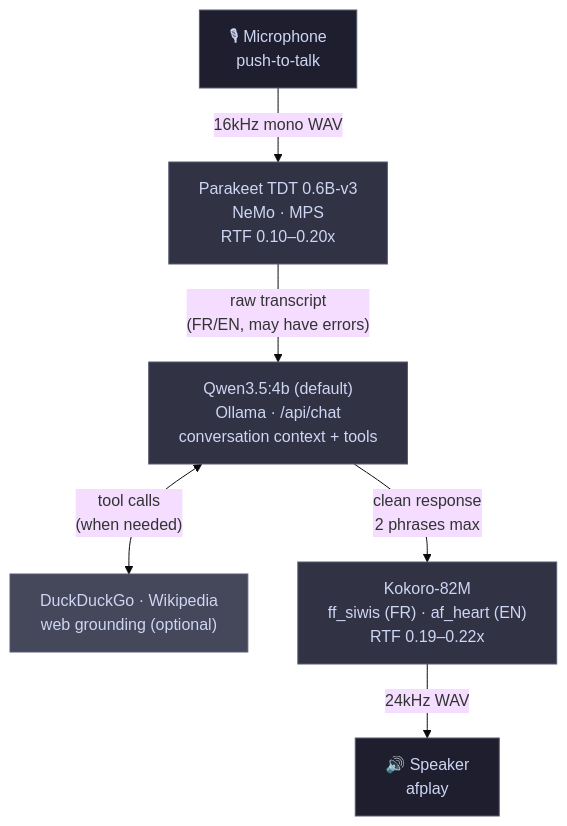
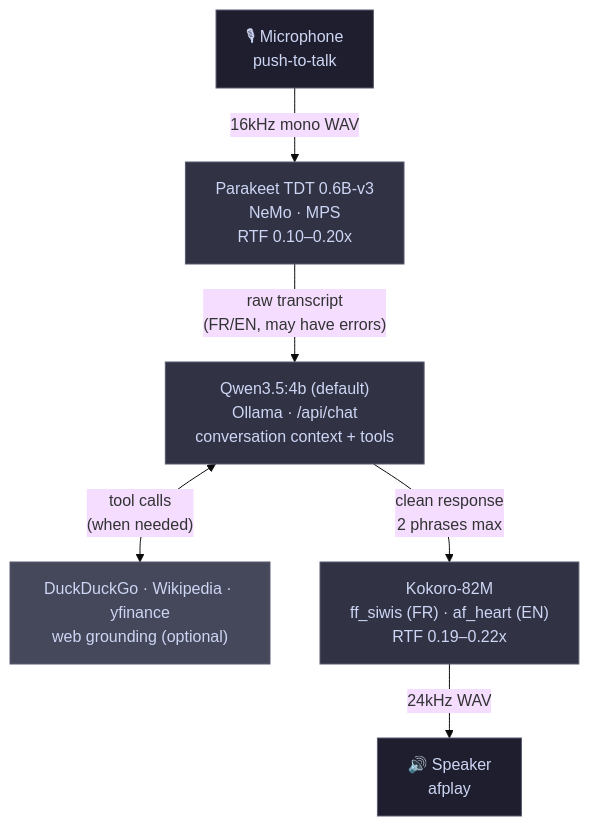
One commit to slchatham/VoiceLLM changed the diagram in README.md. Above: the diagram before and after it, drawn with Mermaid (base theme).

Commit message:
docs: add yfinance to Mermaid TOOLS node

````diff
--- a/README.md
+++ b/README.md
@@ -11,22 +11,22 @@
 ```mermaid
 flowchart TD
     MIC["🎙 Microphone\npush-to-talk"]
     STT["Parakeet TDT 0.6B-v3\nNeMo · MPS\nRTF 0.10–0.20x"]
     LM["Qwen3.5:4b (default)\nOllama · /api/chat\nconversation context + tools"]
-    TOOLS["DuckDuckGo · Wikipedia\nweb grounding (optional)"]
+    TOOLS["DuckDuckGo · Wikipedia · yfinance\nweb grounding (optional)"]
     TTS["Kokoro-82M\nff_siwis (FR) · af_heart (EN)\nRTF 0.19–0.22x"]
     SPK["🔊 Speaker\nafplay"]
 
     MIC -->|"16kHz mono WAV"| STT
     STT -->|"raw transcript\n(FR/EN, may have errors)"| LM
     LM <-->|"tool calls\n(when needed)"| TOOLS
     LM -->|"clean response\n2 phrases max"| TTS
     TTS -->|"24kHz WAV"| SPK
 
     style MIC   fill:#1e1e2e,color:#cdd6f4,stroke:#585b70
     style STT   fill:#313244,color:#cdd6f4,stroke:#585b70
     style LM    fill:#313244,color:#cdd6f4,stroke:#585b70
     style TOOLS fill:#45475a,color:#cdd6f4,stroke:#585b70
     style TTS   fill:#313244,color:#cdd6f4,stroke:#585b70
     style SPK   fill:#1e1e2e,color:#cdd6f4,stroke:#585b70
 ```
````
